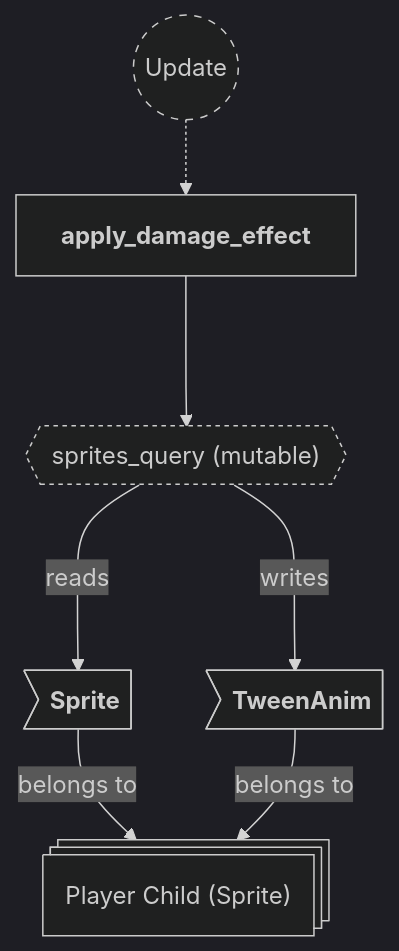
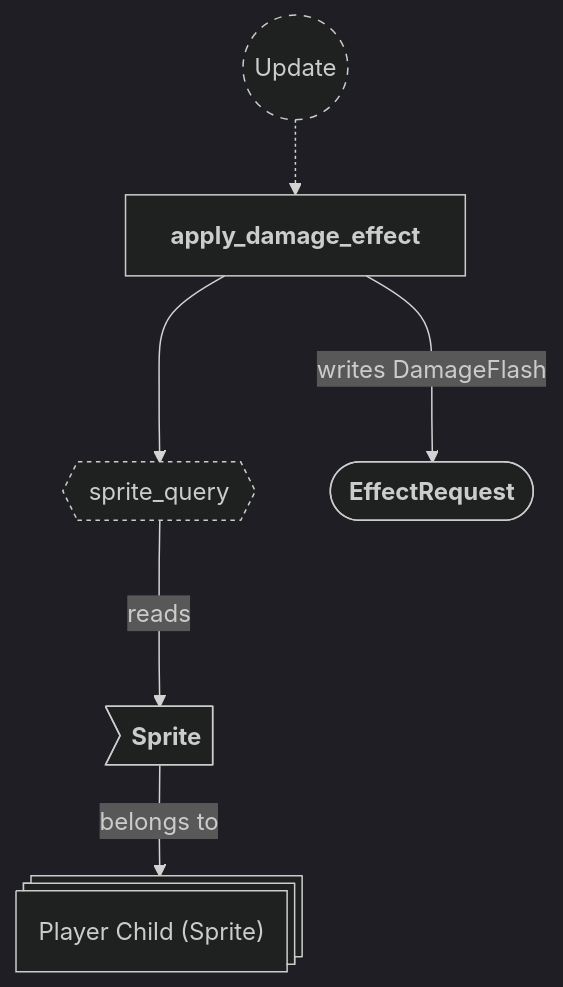
One commit to neurosoup/tyled changed diagram 12 of 30 in backlog/docs/doc-10 - 008-Effects-plugin.md. Above: the diagram before and after it, drawn with Mermaid. The commit also changed other lines of this file and 4 other files, not shown here.

First line of the commit message:
Refactor: run damage flash and parry punch through effect drivers and a resolver

````diff
--- a/backlog/docs/doc-10 - 008-Effects-plugin.md
+++ b/backlog/docs/doc-10 - 008-Effects-plugin.md
@@ -602,26 +628,27 @@
 ```mermaid
 ---
 config:
   theme: dark
 ---
 
 flowchart TD
 classDef system-group stroke-dasharray: 5 5
 classDef query stroke-dasharray: 3 3
 
 update(("`Update`")):::system-group
 apply_damage_effect["`**apply_damage_effect**`"]
 
 update -.-> apply_damage_effect
 
-sprites_query{{"`sprites_query (mutable)`"}}:::query
+sprites_query{{"`sprite_query`"}}:::query
 apply_damage_effect ---> sprites_query
 
 child_entity@{ shape: st-rect, label: "Player Child (Sprite)" }
 
 ce_sprite>"`**Sprite**`"] --> |belongs to| child_entity
-ce_tween>"`**TweenAnim**`"] --> |belongs to| child_entity
 
 sprites_query ---> |reads| ce_sprite
-sprites_query ---> |writes| ce_tween
+
+effect_request(["`**EffectRequest**`"])
+apply_damage_effect ---> |writes DamageFlash| effect_request
 ```
````
